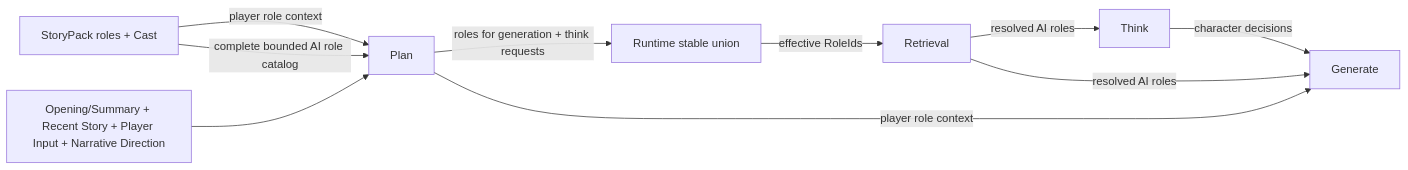
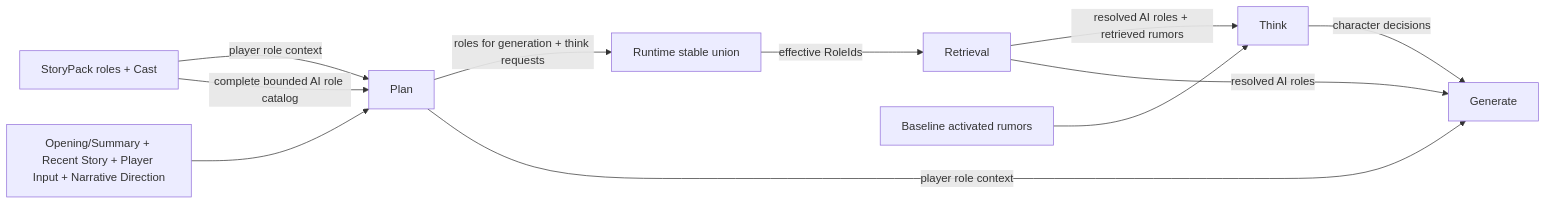
Before and after one commit to falconcali/aise: the diagram in doc/design/2026-10-14-character-think-pipeline-design-gpt.md, drawn with Mermaid. The commit also changed other lines of this file and 41 other files, not shown here.

````diff
--- a/doc/design/2026-10-14-character-think-pipeline-design-gpt.md
+++ b/doc/design/2026-10-14-character-think-pipeline-design-gpt.md
@@ -101,12 +101,13 @@
 ```mermaid
 flowchart LR
     SP["StoryPack roles + Cast"] -->|player role context| P["Plan"]
     SP -->|complete bounded AI role catalog| P
     CTX["Opening/Summary + Recent Story + Player Input + Narrative Direction"] --> P
     P -->|roles for generation + think requests| U["Runtime stable union"]
     U -->|effective RoleIds| R["Retrieval"]
-    R -->|resolved AI roles| T["Think"]
+    B["Baseline activated rumors"] --> T["Think"]
+    R -->|resolved AI roles + retrieved rumors| T
     R -->|resolved AI roles| G["Generate"]
     P -->|player role context| G
     T -->|character decisions| G
 ```
````
